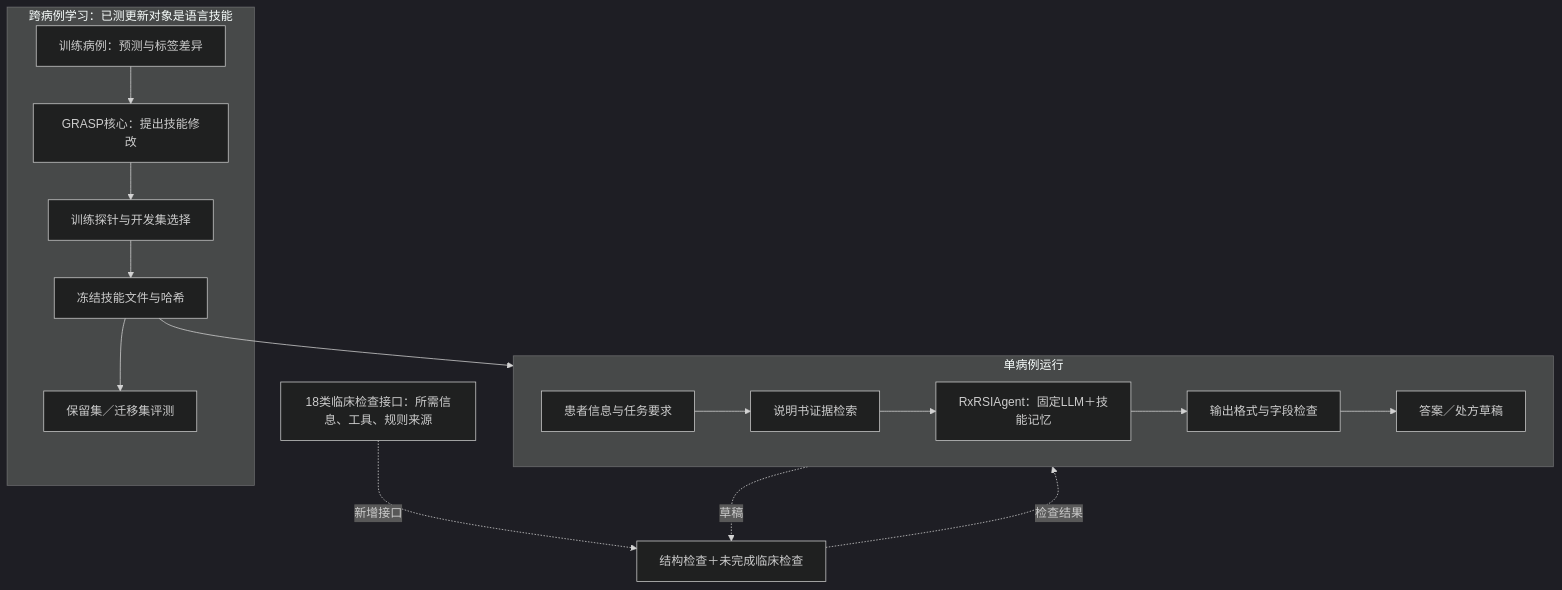
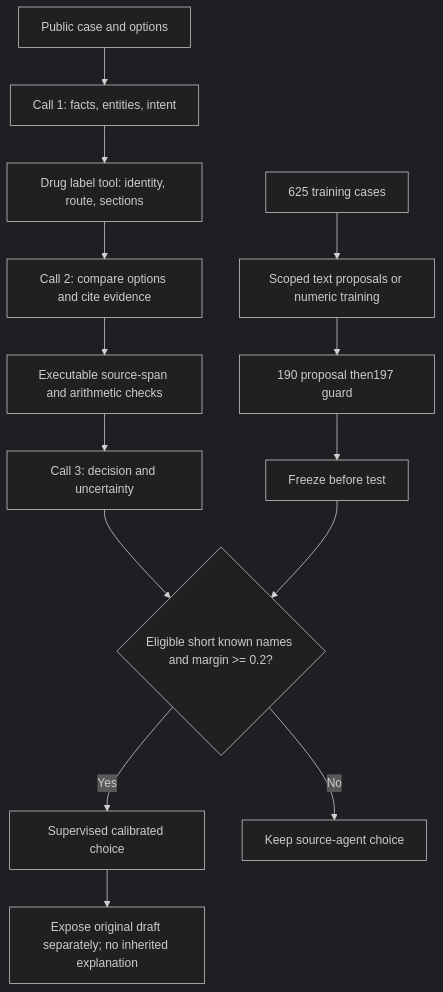
The diagram in paper/RXRSI_DESIGN.zh.md (ZaneLing/PRISMATIC), drawn with Mermaid (dark theme) before and after one commit. The commit also changed other lines of this file and 114 other files, not shown here.

Commit message:
Improve RxRSIAgent evidence workflow and audit calibrated benchmark gains

````diff
--- a/paper/RXRSI_DESIGN.zh.md
+++ b/paper/RXRSI_DESIGN.zh.md
@@ -17,20 +5,16 @@
 ```mermaid
-flowchart TB
-  subgraph R[单病例运行]
-    direction LR
-    A[患者信息与任务要求] --> B[说明书证据检索]
-    B --> C[RxRSIAgent：固定LLM＋技能记忆]
-    C --> D[输出格式与字段检查]
-    D --> E[答案／处方草稿]
-  end
-  J[18类临床检查接口：所需信息、工具、规则来源] -. 新增接口 .-> V[结构检查＋未完成临床检查]
-  C -. 草稿 .-> V
-  V -. 检查结果 .-> D
-  subgraph L[跨病例学习：已测更新对象是语言技能]
-    F[训练病例：预测与标签差异] --> G[GRASP核心：提出技能修改]
-    G --> H[训练探针与开发集选择]
-    H --> K[冻结技能文件与哈希]
-    K --> T[保留集／迁移集评测]
-  end
-  K --> C
+flowchart TD
+ A[Public case and options] --> B[Call 1: facts, entities, intent]
+ B --> C[Drug label tool: identity, route, sections]
+ C --> D[Call 2: compare options and cite evidence]
+ D --> E[Executable source-span and arithmetic checks]
+ E --> F[Call 3: decision and uncertainty]
+ F --> G{Eligible short known names and margin >= 0.2?}
+ G -- Yes --> H[Supervised calibrated choice]
+ G -- No --> I[Keep source-agent choice]
+ J[625 training cases] --> K[Scoped text proposals or numeric training]
+ K --> L[190 proposal then197 guard]
+ L --> M[Freeze before test]
+ M --> G
+ H --> N[Expose original draft separately; no inherited explanation]
 ```
````
